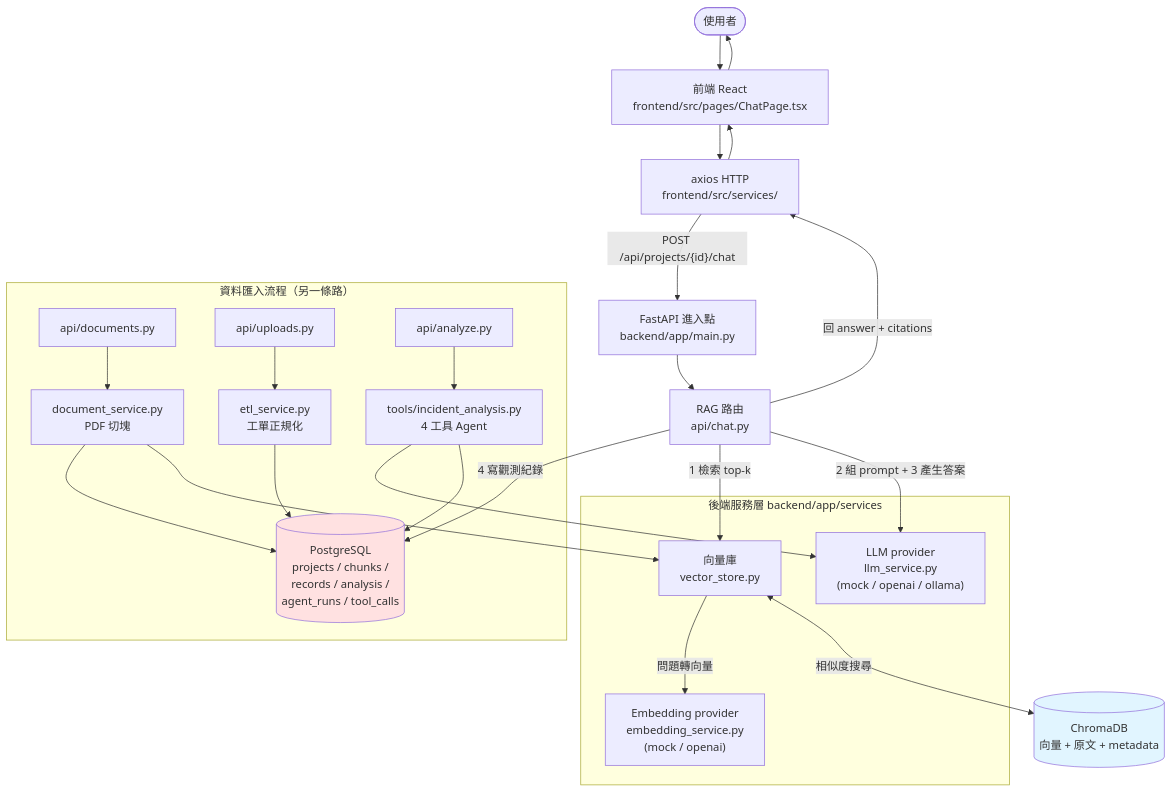
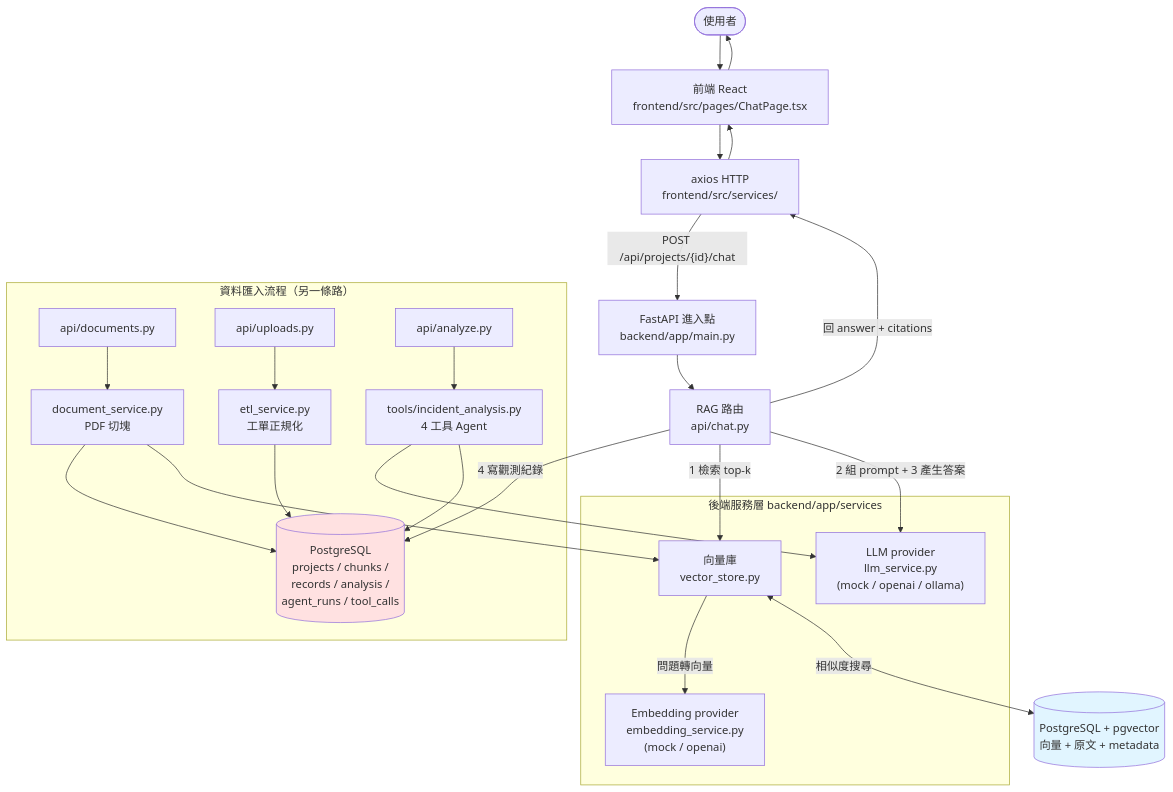
One commit to Jiaaaaaaak/OpsKnowledge-agent-lite changed the diagram in docs/SYSTEM_OVERVIEW.zh-TW.md. Above: the diagram before and after it, drawn with Mermaid. The commit also changed other lines of this file and 14 other files, not shown here.

````diff
--- a/docs/SYSTEM_OVERVIEW.zh-TW.md
+++ b/docs/SYSTEM_OVERVIEW.zh-TW.md
@@ -193,35 +192,35 @@
 ```mermaid
 flowchart TD
     User([使用者]) --> UI["前端 React<br/>frontend/src/pages/ChatPage.tsx"]
     UI --> Client["axios HTTP<br/>frontend/src/services/"]
     Client -->|"POST /api/projects/{id}/chat"| Main["FastAPI 進入點<br/>backend/app/main.py"]
     Main --> Chat["RAG 路由<br/>api/chat.py"]
 
     subgraph Backend["後端服務層 backend/app/services"]
         VS["向量庫<br/>vector_store.py"]
         Emb["Embedding provider<br/>embedding_service.py<br/>(mock / openai)"]
         LLM["LLM provider<br/>llm_service.py<br/>(mock / openai / ollama)"]
     end
 
     Chat -->|"1 檢索 top-k"| VS
     VS -->|"問題轉向量"| Emb
-    VS <-->|"相似度搜尋"| Chroma[("ChromaDB<br/>向量 + 原文 + metadata")]
+    VS <-->|"相似度搜尋"| pgvector[("PostgreSQL + pgvector<br/>向量 + 原文 + metadata")]
     Chat -->|"2 組 prompt + 3 產生答案"| LLM
     Chat -->|"4 寫觀測紀錄"| PG[("PostgreSQL<br/>projects / chunks /<br/>records / analysis /<br/>agent_runs / tool_calls")]
     Chat -->|"回 answer + citations"| Client
     Client --> UI --> User
 
     subgraph Ingest["資料匯入流程（另一條路）"]
         DocAPI["api/documents.py"] --> DocSvc["document_service.py<br/>PDF 切塊"]
         DocSvc --> PG
         DocSvc --> VS
         TicketAPI["api/uploads.py"] --> ETL["etl_service.py<br/>工單正規化"]
         ETL --> PG
         AnalyzeAPI["api/analyze.py"] --> Tools["tools/incident_analysis.py<br/>4 工具 Agent"]
         Tools --> LLM
         Tools --> PG
     end
 
-    style Chroma fill:#e1f5ff
+    style pgvector fill:#e1f5ff
     style PG fill:#ffe1e1
 ```
````
